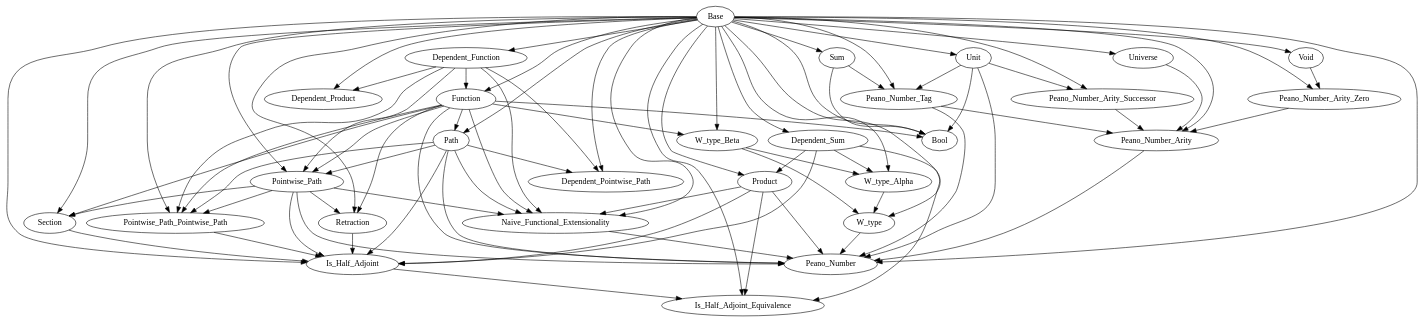
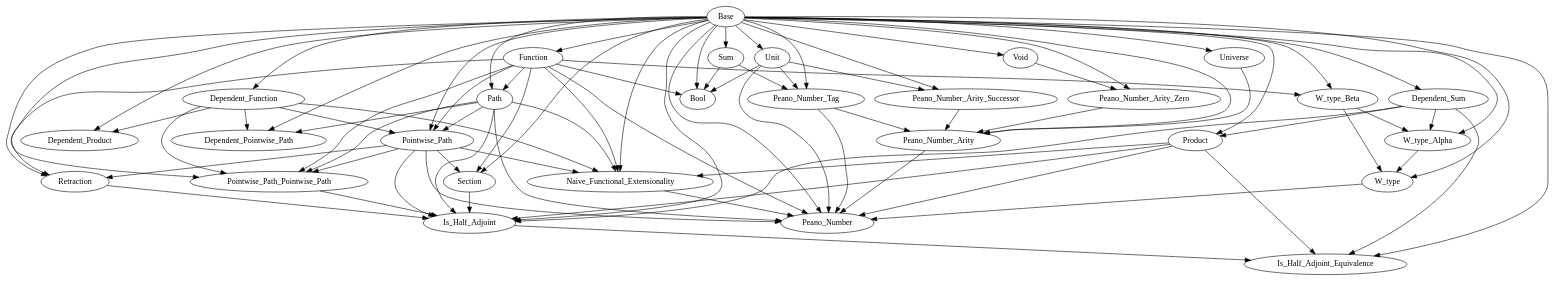
One commit to Hexirp/googology-in-coq changed the diagram in libraries/dependencies.gv. Above: the diagram before and after it, drawn with Graphviz.

Commit message:
Update: dependencies.gv を Function に関して更新する

```diff
--- a/libraries/dependencies.gv
+++ b/libraries/dependencies.gv
@@ -1,114 +1,113 @@
 digraph Dependencies {
   # Base
   # Dependent_Function
   "Base" -> "Dependent_Function";
   # Function
   "Base" -> "Function";
-  "Dependent_Function" -> "Function";
   # Dependent_Product
   "Base" -> "Dependent_Product";
   "Dependent_Function" -> "Dependent_Product";
   # Dependent_Sum
   "Base" -> "Dependent_Sum";
   # Product
   "Base" -> "Product";
   "Dependent_Sum" -> "Product";
   # Sum
   "Base" -> "Sum";
   # Unit
   "Base" -> "Unit";
   # Void
   "Base" -> "Void";
   # W_type_Beta
   "Base" -> "W_type_Beta";
   "Function" -> "W_type_Beta";
   # W_type_Alpha
   "Base" -> "W_type_Alpha";
   "Dependent_Sum" -> "W_type_Alpha";
   "W_type_Beta" -> "W_type_Alpha";
   # W_type
   "Base" -> "W_type";
   "W_type_Alpha" -> "W_type";
   "W_type_Beta" -> "W_type";
   # Universe
   "Base" -> "Universe";
   # Path
   "Base" -> "Path";
   "Function" -> "Path";
   # Dependent_Pointwise_Path
   "Base" -> "Dependent_Pointwise_Path";
   "Dependent_Function" -> "Dependent_Pointwise_Path";
   "Path" -> "Dependent_Pointwise_Path";
   # Pointwise_Path
   "Base" -> "Pointwise_Path";
   "Dependent_Function" -> "Pointwise_Path";
   "Function" -> "Pointwise_Path";
   "Path" -> "Pointwise_Path";
   # Pointwise_Path_Pointwise_Path
   "Base" -> "Pointwise_Path_Pointwise_Path";
   "Dependent_Function" -> "Pointwise_Path_Pointwise_Path";
   "Function" -> "Pointwise_Path_Pointwise_Path";
   "Path" -> "Pointwise_Path_Pointwise_Path";
   "Pointwise_Path" -> "Pointwise_Path_Pointwise_Path";
   # Section
   "Base" -> "Section";
   "Function" -> "Section";
   "Pointwise_Path" -> "Section";
   # Retraction
   "Base" -> "Retraction";
   "Function" -> "Retraction";
   "Pointwise_Path" -> "Retraction";
   # Is_Half_Adjoint
   "Base" -> "Is_Half_Adjoint";
   "Dependent_Sum" -> "Is_Half_Adjoint";
   "Product" -> "Is_Half_Adjoint";
   "Path" -> "Is_Half_Adjoint";
   "Pointwise_Path" -> "Is_Half_Adjoint";
   "Pointwise_Path_Pointwise_Path" -> "Is_Half_Adjoint";
   "Section" -> "Is_Half_Adjoint";
   "Retraction" -> "Is_Half_Adjoint";
   # Is_Half_Adjoint_Equivalence
   "Base" -> "Is_Half_Adjoint_Equivalence";
   "Dependent_Sum" -> "Is_Half_Adjoint_Equivalence";
   "Product" -> "Is_Half_Adjoint_Equivalence";
   "Is_Half_Adjoint" -> "Is_Half_Adjoint_Equivalence";
   # Naive_Functional_Extensionality
   "Base" -> "Naive_Functional_Extensionality";
   "Dependent_Function" -> "Naive_Functional_Extensionality";
   "Function" -> "Naive_Functional_Extensionality";
   "Product" -> "Naive_Functional_Extensionality";
   "Path" -> "Naive_Functional_Extensionality";
   "Pointwise_Path" -> "Naive_Functional_Extensionality";
   # Bool
   "Base" -> "Bool";
   "Function" -> "Bool";
   "Sum" -> "Bool";
   "Unit" -> "Bool";
   # Peano_Number_Tag
   "Base" -> "Peano_Number_Tag";
   "Sum" -> "Peano_Number_Tag";
   "Unit" -> "Peano_Number_Tag";
   # Peano_Number_Arity_Zero
   "Base" -> "Peano_Number_Arity_Zero";
   "Void" -> "Peano_Number_Arity_Zero";
   # Peano_Number_Arity_Successor
   "Base" -> "Peano_Number_Arity_Successor";
   "Unit" -> "Peano_Number_Arity_Successor";
   # Peano_Number_Arity
   "Base" -> "Peano_Number_Arity";
   "Universe" -> "Peano_Number_Arity";
   "Peano_Number_Tag" -> "Peano_Number_Arity";
   "Peano_Number_Arity_Zero" -> "Peano_Number_Arity";
   "Peano_Number_Arity_Successor" -> "Peano_Number_Arity";
   # Peano_Number
   "Base" -> "Peano_Number";
   "Function" -> "Peano_Number";
   "Product" -> "Peano_Number";
   "Unit" -> "Peano_Number";
   "W_type" -> "Peano_Number";
   "Path" -> "Peano_Number";
   "Pointwise_Path" -> "Peano_Number";
   "Naive_Functional_Extensionality" -> "Peano_Number";
   "Peano_Number_Tag" -> "Peano_Number";
   "Peano_Number_Arity" -> "Peano_Number";
 }
```
